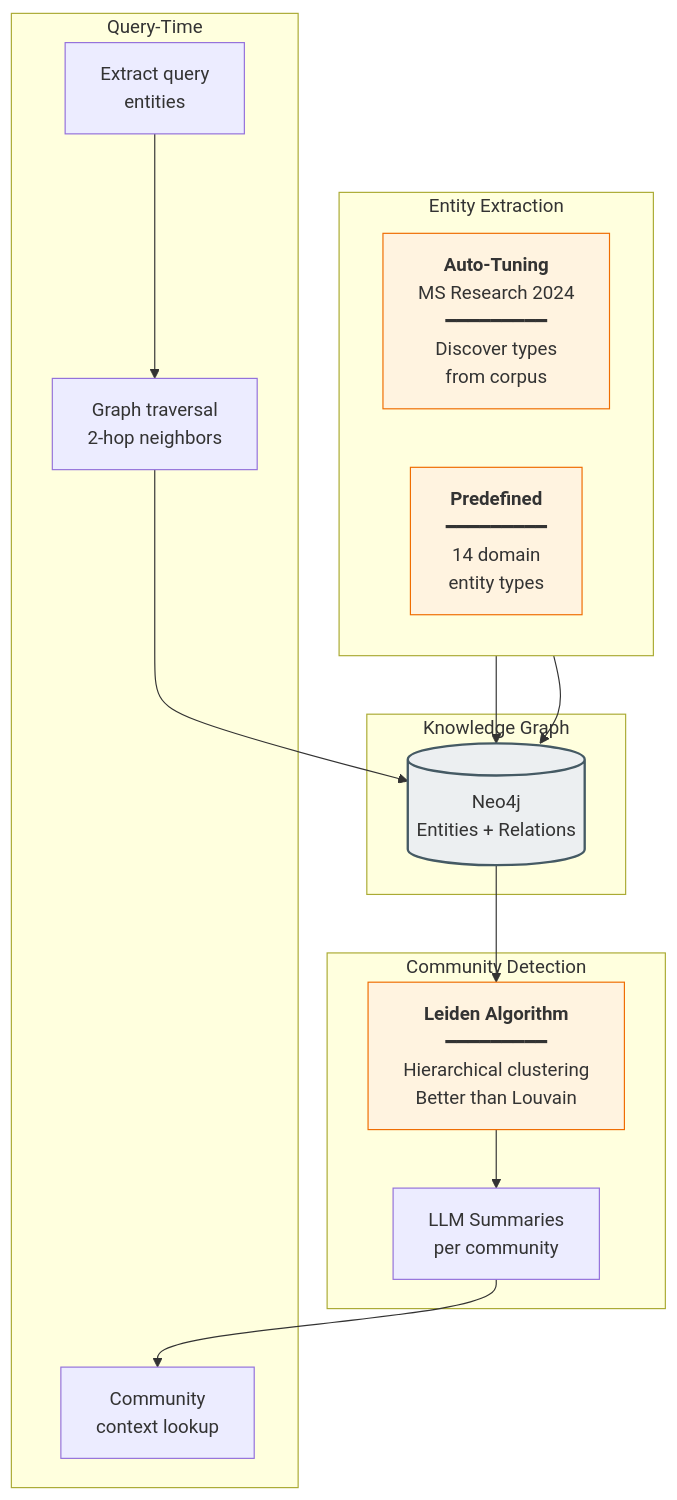
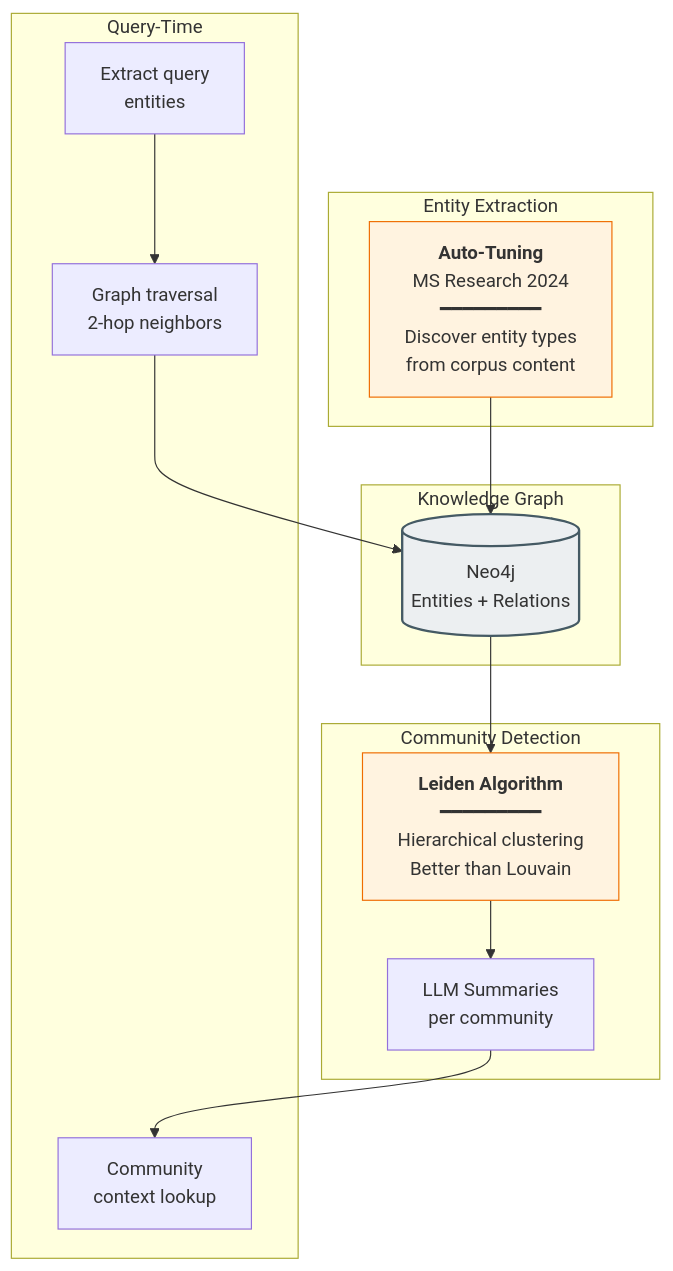
Before and after one commit to crlsrmrlsz/rag1-mini: the fifth of 5 diagrams in README.md, drawn with Mermaid. The commit also changed 7 other files, not shown here.

First line of the commit message:
refactor(graphrag): remove predefined entity extraction

````diff
--- a/README.md
+++ b/README.md
@@ -136,32 +136,29 @@
 ```mermaid
 flowchart TB
     subgraph EXTRACT["Entity Extraction"]
-        direction LR
-        AUTO["<b>Auto-Tuning</b><br/>MS Research 2024<br/>━━━━━━━━━<br/>Discover types<br/>from corpus"]
-        PRED["<b>Predefined</b><br/>━━━━━━━━━<br/>14 domain<br/>entity types"]
+        AUTO["<b>Auto-Tuning</b><br/>MS Research 2024<br/>━━━━━━━━━<br/>Discover entity types<br/>from corpus content"]
     end
 
     subgraph GRAPH["Knowledge Graph"]
         N4J[("Neo4j<br/>Entities + Relations")]
     end
 
     subgraph COMMUNITY["Community Detection"]
         LEIDEN["<b>Leiden Algorithm</b><br/>━━━━━━━━━<br/>Hierarchical clustering<br/>Better than Louvain"]
         SUM["LLM Summaries<br/>per community"]
     end
 
     subgraph QUERY["Query-Time"]
         ENT["Extract query<br/>entities"]
         TRAV["Graph traversal<br/>2-hop neighbors"]
         COMM["Community<br/>context lookup"]
     end
 
-    AUTO & PRED --> N4J --> LEIDEN --> SUM
+    AUTO --> N4J --> LEIDEN --> SUM
     ENT --> TRAV --> N4J
     SUM --> COMM
 
     style AUTO fill:#fff3e0,stroke:#ef6c00
-    style PRED fill:#fff3e0,stroke:#ef6c00
     style N4J fill:#eceff1,stroke:#455a64,stroke-width:2px
     style LEIDEN fill:#fff3e0,stroke:#ef6c00
 ```
````
